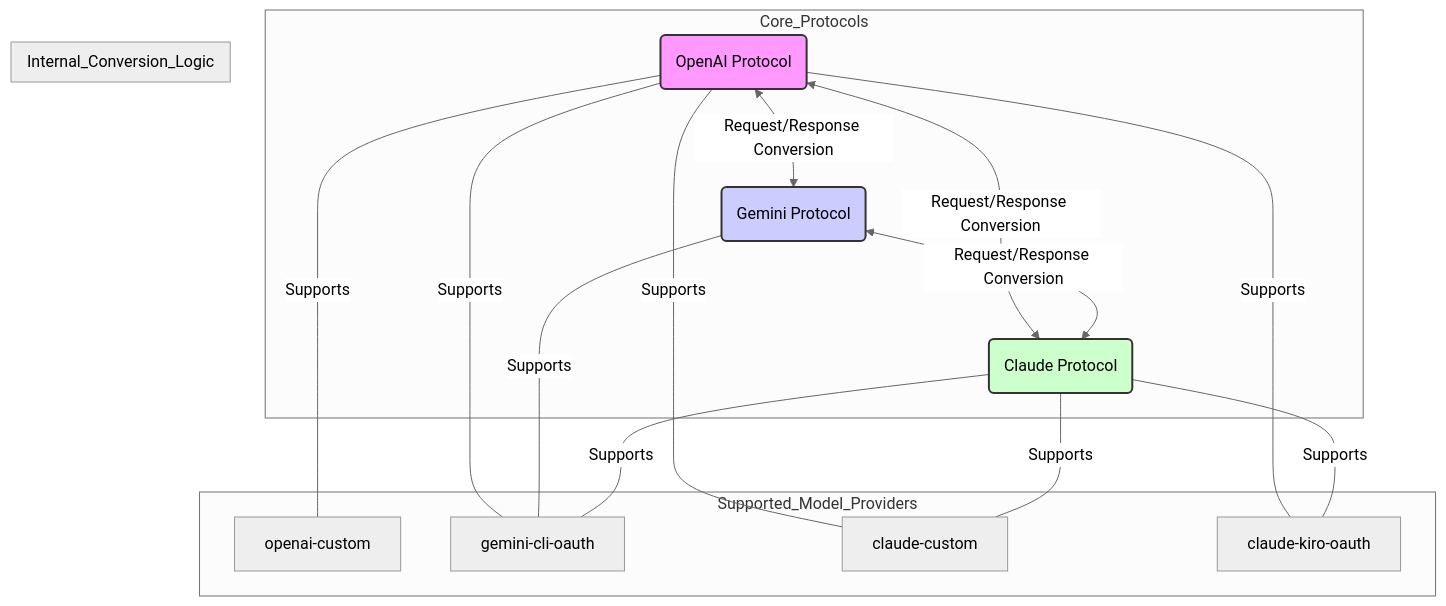
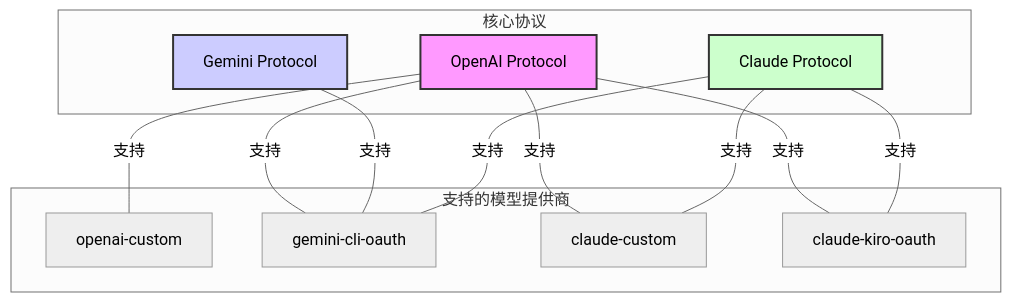
The diagram in README-EN.md (justlovemaki/AIClient-2-API), drawn with Mermaid (neutral theme) before and after one commit.

````diff
--- a/README-EN.md
+++ b/README-EN.md
@@ -94,37 +94,31 @@
   ```mermaid
-  graph TD
-      subgraph Core_Protocols
-          P_OPENAI(OpenAI Protocol)
-          P_GEMINI(Gemini Protocol)
-          P_CLAUDE(Claude Protocol)
-      end
+graph TD
+    subgraph Core_Protocols["核心协议"]
+        P_OPENAI[OpenAI Protocol]
+        P_GEMINI[Gemini Protocol]
+        P_CLAUDE[Claude Protocol]
+    end
 
-      subgraph Supported_Model_Providers
-          MP_OPENAI[openai-custom]
-          MP_GEMINI[gemini-cli-oauth]
-          MP_CLAUDE_C[claude-custom]
-          MP_CLAUDE_K[claude-kiro-oauth]
-      end
+    subgraph Supported_Model_Providers["支持的模型提供商"]
+        MP_OPENAI[openai-custom]
+        MP_GEMINI[gemini-cli-oauth]
+        MP_CLAUDE_C[claude-custom]
+        MP_CLAUDE_K[claude-kiro-oauth]
+    end
 
-      subgraph Internal_Conversion_Logic
-          direction LR
-          P_OPENAI <-->|Request/Response Conversion| P_GEMINI
-          P_OPENAI <-->|Request/Response Conversion| P_CLAUDE
-          P_GEMINI <-->|Request/Response Conversion| P_CLAUDE
-      end
+    P_OPENAI ---|支持| MP_OPENAI
+    P_OPENAI ---|支持| MP_GEMINI
+    P_OPENAI ---|支持| MP_CLAUDE_C
+    P_OPENAI ---|支持| MP_CLAUDE_K
 
-      P_OPENAI ---|Supports| MP_OPENAI
-      P_OPENAI ---|Supports| MP_GEMINI
-      P_OPENAI ---|Supports| MP_CLAUDE_C
-      P_OPENAI ---|Supports| MP_CLAUDE_K
+    P_GEMINI ---|支持| MP_GEMINI
 
-      P_GEMINI ---|Supports| MP_GEMINI
+    P_CLAUDE ---|支持| MP_CLAUDE_C
+    P_CLAUDE ---|支持| MP_CLAUDE_K
+    P_CLAUDE ---|支持| MP_GEMINI
 
-      P_CLAUDE ---|Supports| MP_CLAUDE_C
-      P_CLAUDE ---|Supports| MP_CLAUDE_K
-      P_CLAUDE ---|Supports| MP_GEMINI
+    style P_OPENAI fill:#f9f,stroke:#333,stroke-width:2px
+    style P_GEMINI fill:#ccf,stroke:#333,stroke-width:2px
+    style P_CLAUDE fill:#cfc,stroke:#333,stroke-width:2px
 
-      style P_OPENAI fill:#f9f,stroke:#333,stroke-width:2px
-      style P_GEMINI fill:#ccf,stroke:#333,stroke-width:2px
-      style P_CLAUDE fill:#cfc,stroke:#333,stroke-width:2px
   ```
````
